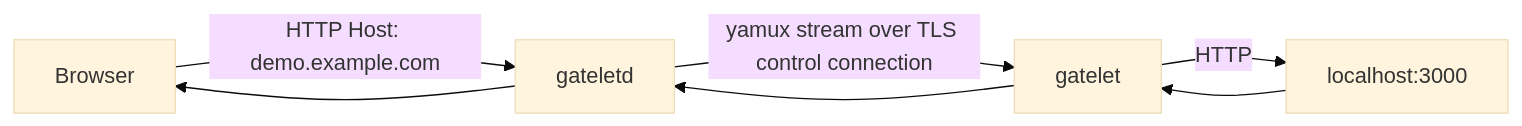
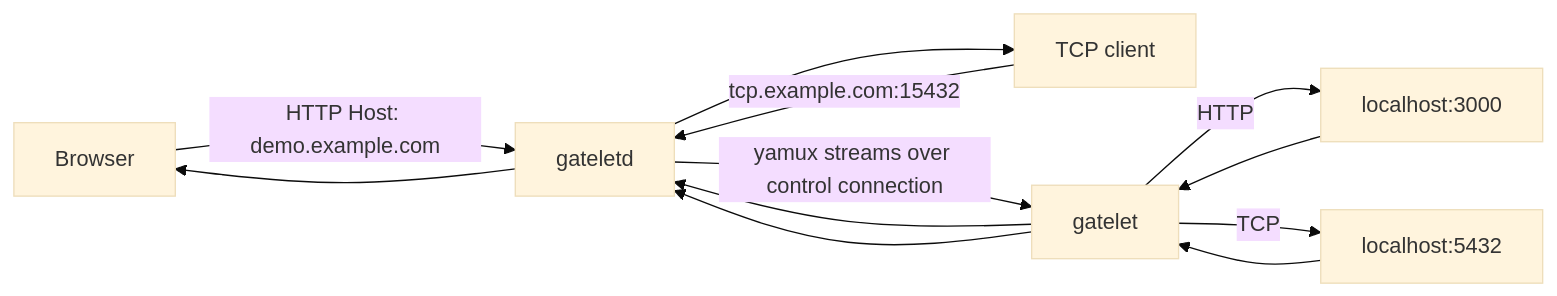
One commit to alex-oleshkevich/gatelet changed the diagram in README.md. Above: the diagram before and after it, drawn with Mermaid (base theme). The commit also changed other lines of this file and 21 other files, not shown here.

````diff
--- a/README.md
+++ b/README.md
@@ -12,7 +12,10 @@
 ```mermaid
 flowchart LR
     Browser[Browser] -->|HTTP Host: demo.example.com| Relay[gateletd]
-    Relay -->|yamux stream over TLS control connection| Client[gatelet]
-    Client -->|HTTP| Local[localhost:3000]
-    Local --> Client --> Relay --> Browser
+    TCPClient[TCP client] -->|tcp.example.com:15432| Relay
+    Relay -->|yamux streams over control connection| Client[gatelet]
+    Client -->|HTTP| WebLocal[localhost:3000]
+    Client -->|TCP| TCPLocal[localhost:5432]
+    WebLocal --> Client --> Relay --> Browser
+    TCPLocal --> Client --> Relay --> TCPClient
 ```
````
